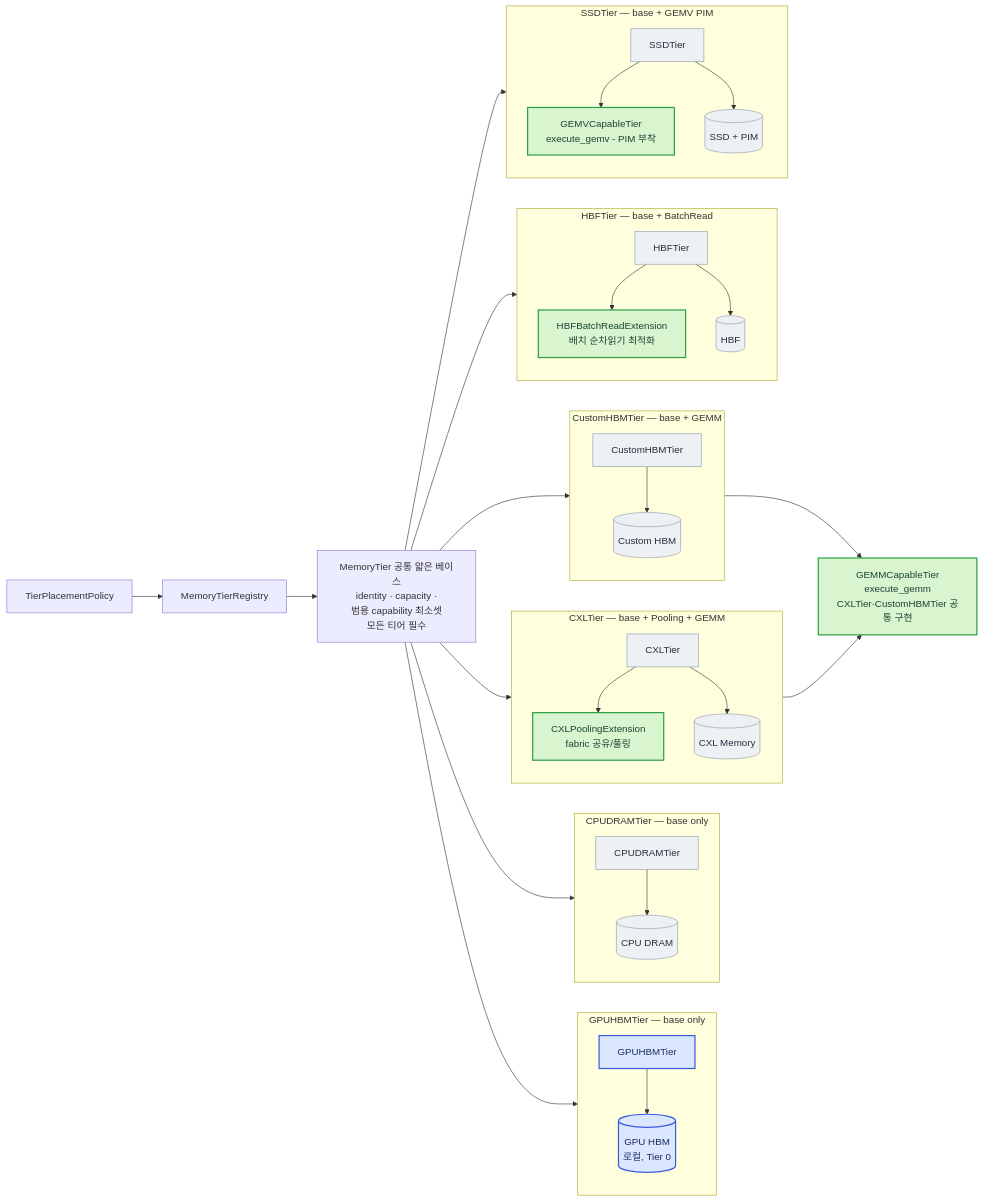
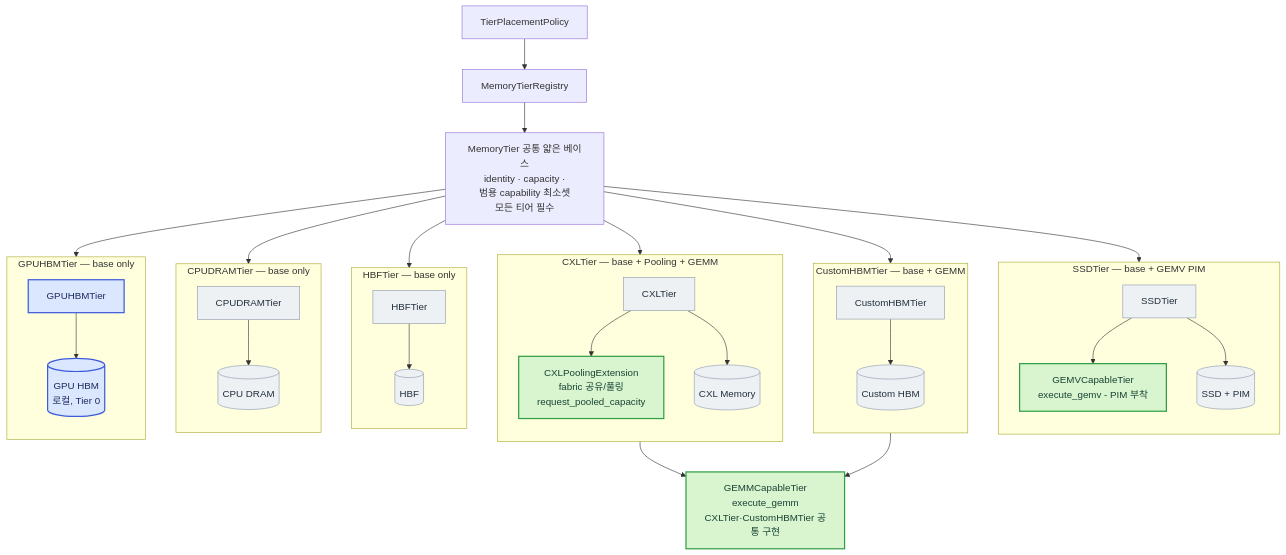
One commit to mkim0628/vllm changed the fourth of 8 diagrams in doc-mk/vllm-memory-abstraction-level-candidates.md. Above: the diagram before and after it, drawn with Mermaid. The commit also changed other lines of this file, not shown here.

First line of the commit message:
docs: switch DP-1 Candidate 2 module view to top-down, drop HBF batch-read extension

````diff
--- a/doc-mk/vllm-memory-abstraction-level-candidates.md
+++ b/doc-mk/vllm-memory-abstraction-level-candidates.md
@@ -308,71 +308,69 @@
 ```mermaid
-graph LR
+graph TD
     TPP["TierPlacementPolicy"] --> REGISTRY["MemoryTierRegistry"] --> BASE["MemoryTier 공통 얇은 베이스<br/>identity · capacity ·<br/>범용 capability 최소셋<br/>모든 티어 필수"]
-
-    subgraph G1["GPUHBMTier — base only"]
-        direction TB
-        GPUHBM["GPUHBMTier"]
-        HBM_PHYS[("GPU HBM<br/>로컬, Tier 0")]
-        GPUHBM --> HBM_PHYS
-    end
-
-    subgraph G2["CPUDRAMTier — base only"]
-        direction TB
-        DRAMT["CPUDRAMTier"]
-        DRAM_PHYS[("CPU DRAM")]
-        DRAMT --> DRAM_PHYS
-    end
-
-    subgraph G3["CXLTier — base + Pooling + GEMM"]
-        direction TB
-        CXLT["CXLTier"]
-        POOLEXT["CXLPoolingExtension<br/>fabric 공유/풀링"]
-        CXL_PHYS[("CXL Memory")]
-        CXLT --> POOLEXT
-        CXLT --> CXL_PHYS
-    end
-
-    GEMMEXT["GEMMCapableTier<br/>execute_gemm<br/>CXLTier·CustomHBMTier 공통 구현"]
-
-    subgraph G4["CustomHBMTier — base + GEMM"]
-        direction TB
-        CUSTOMT["CustomHBMTier"]
-        CUSTOM_PHYS[("Custom HBM")]
-        CUSTOMT --> CUSTOM_PHYS
-    end
-
-    subgraph G5["HBFTier — base + BatchRead"]
-        direction TB
-        HBFT["HBFTier"]
-        BATCHEXT["HBFBatchReadExtension<br/>배치 순차읽기 최적화"]
-        HBF_PHYS[("HBF")]
-        HBFT --> BATCHEXT
-        HBFT --> HBF_PHYS
-    end
 
     subgraph G6["SSDTier — base + GEMV PIM"]
         direction TB
         SSDT["SSDTier"]
         GEMVEXT["GEMVCapableTier<br/>execute_gemv - PIM 부착"]
         SSD_PHYS[("SSD + PIM")]
         SSDT --> GEMVEXT
         SSDT --> SSD_PHYS
     end
 
+    subgraph G4["CustomHBMTier — base + GEMM"]
+        direction TB
+        CUSTOMT["CustomHBMTier"]
+        CUSTOM_PHYS[("Custom HBM")]
+        CUSTOMT --> CUSTOM_PHYS
+    end
+
+    subgraph G3["CXLTier — base + Pooling + GEMM"]
+        direction TB
+        CXLT["CXLTier"]
+        POOLEXT["CXLPoolingExtension<br/>fabric 공유/풀링<br/>request_pooled_capacity"]
+        CXL_PHYS[("CXL Memory")]
+        CXLT --> POOLEXT
+        CXLT --> CXL_PHYS
+    end
+
+    GEMMEXT["GEMMCapableTier<br/>execute_gemm<br/>CXLTier·CustomHBMTier 공통 구현"]
+
+    subgraph G5["HBFTier — base only"]
+        direction TB
+        HBFT["HBFTier"]
+        HBF_PHYS[("HBF")]
+        HBFT --> HBF_PHYS
+    end
+
+    subgraph G2["CPUDRAMTier — base only"]
+        direction TB
+        DRAMT["CPUDRAMTier"]
+        DRAM_PHYS[("CPU DRAM")]
+        DRAMT --> DRAM_PHYS
+    end
+
+    subgraph G1["GPUHBMTier — base only"]
+        direction TB
+        GPUHBM["GPUHBMTier"]
+        HBM_PHYS[("GPU HBM<br/>로컬, Tier 0")]
+        GPUHBM --> HBM_PHYS
+    end
+
     BASE --> GPUHBM
     BASE --> DRAMT
+    BASE --> HBFT
     BASE --> CXLT
     BASE --> CUSTOMT
-    BASE --> HBFT
     BASE --> SSDT
 
     CXLT --> GEMMEXT
     CUSTOMT --> GEMMEXT
 
     classDef localMem fill:#dbe7ff,stroke:#3b5bdb,color:#1c2b5e,stroke-width:2px;
     classDef remoteMem fill:#eef1f4,stroke:#8d99ae,color:#22303e,stroke-width:1px;
     classDef extBox fill:#d8f5d0,stroke:#2f9e44,color:#1b4332,stroke-width:2px;
     class HBM_PHYS,GPUHBM localMem
     class DRAM_PHYS,CXL_PHYS,CUSTOM_PHYS,HBF_PHYS,SSD_PHYS,DRAMT,CXLT,CUSTOMT,HBFT,SSDT remoteMem
-    class POOLEXT,GEMMEXT,BATCHEXT,GEMVEXT extBox
+    class POOLEXT,GEMMEXT,GEMVEXT extBox
 ```
````
